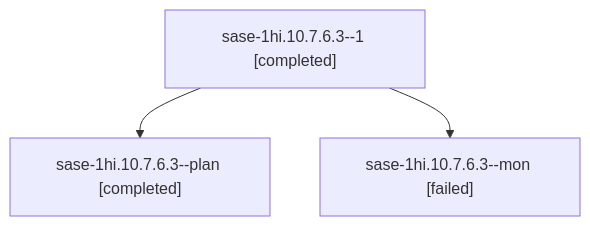
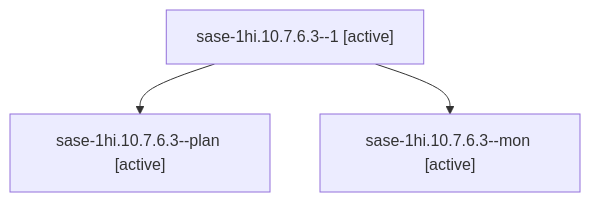
Before and after one commit to sase-org/sase--agents: the diagram in sessions/bbugyi200.apollo.sase-1hi.10.7.6.3.md, drawn with Mermaid. The commit also changed other lines of this file and 330 other files, not shown here.

````diff
--- a/sessions/bbugyi200.apollo.sase-1hi.10.7.6.3.md
+++ b/sessions/bbugyi200.apollo.sase-1hi.10.7.6.3.md
@@ -9,8 +9,8 @@
 ```mermaid
 flowchart TD
-  n0["sase-1hi.10.7.6.3--1 [completed]"]
-  n1["sase-1hi.10.7.6.3--plan [completed]"]
+  n0["sase-1hi.10.7.6.3--1 [active]"]
+  n1["sase-1hi.10.7.6.3--plan [active]"]
   n0 --> n1
-  n2["sase-1hi.10.7.6.3--mon [failed]"]
+  n2["sase-1hi.10.7.6.3--mon [active]"]
   n0 --> n2
 ```
````
